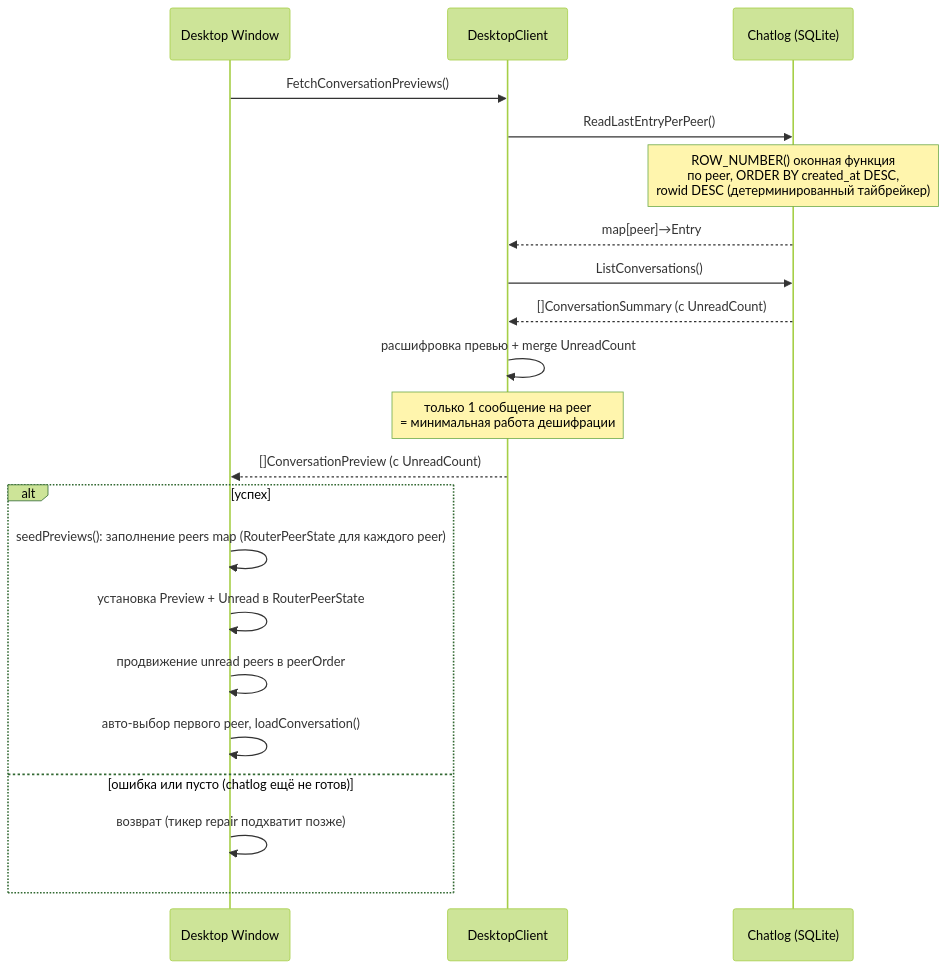
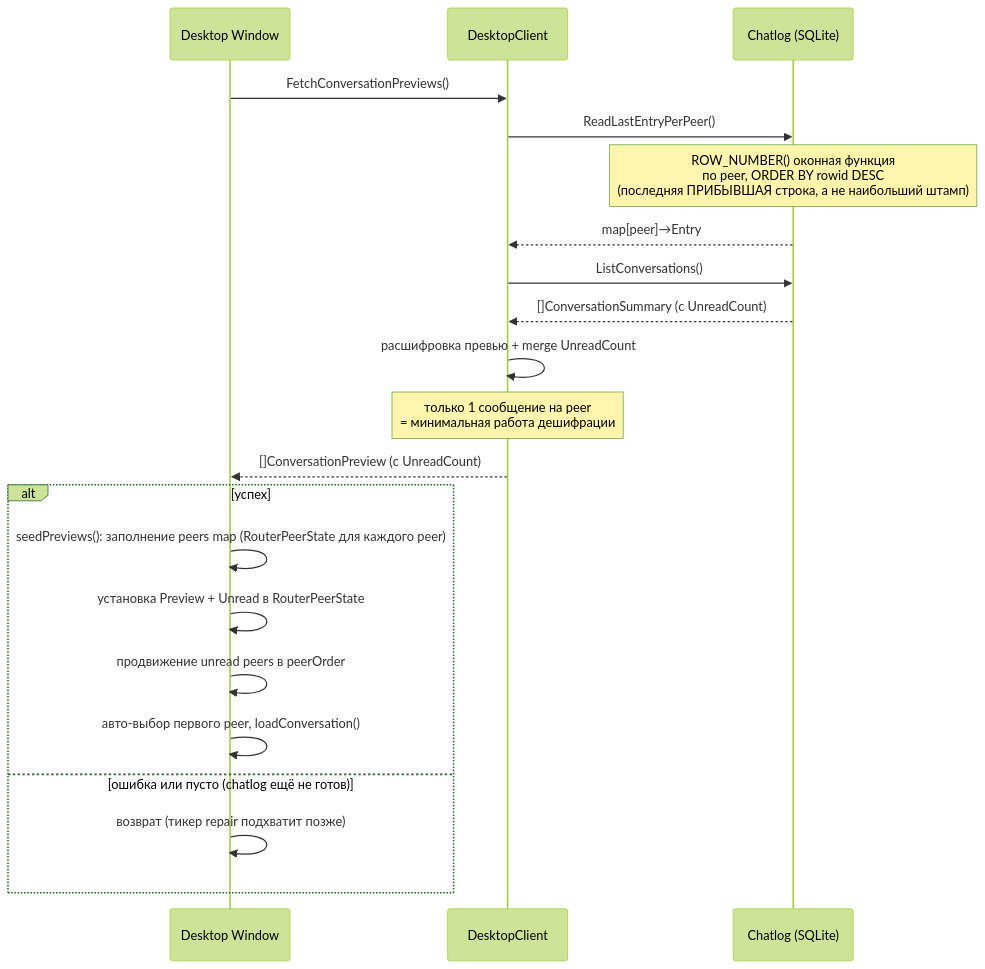
One commit to piratecash/corsa changed diagram 14 of 16 in docs/chatlog.md. Above: the diagram before and after it, drawn with Mermaid (forest theme). The commit also changed other lines of this file and 19 other files, not shown here.

````diff
--- a/docs/chatlog.md
+++ b/docs/chatlog.md
@@ -1266,24 +1289,24 @@
 ```mermaid
 sequenceDiagram
     participant UI as Desktop Window
     participant SVC as DesktopClient
     participant LOG as Chatlog (SQLite)
 
     UI->>SVC: FetchConversationPreviews()
     SVC->>LOG: ReadLastEntryPerPeer()
-    Note over LOG: ROW_NUMBER() оконная функция<br/>по peer, ORDER BY created_at DESC,<br/>rowid DESC (детерминированный тайбрейкер)
+    Note over LOG: ROW_NUMBER() оконная функция<br/>по peer, ORDER BY rowid DESC<br/>(последняя ПРИБЫВШАЯ строка, а не наибольший штамп)
     LOG-->>SVC: map[peer]→Entry
     SVC->>LOG: ListConversations()
     LOG-->>SVC: []ConversationSummary (с UnreadCount)
     SVC->>SVC: расшифровка превью + merge UnreadCount
     Note over SVC: только 1 сообщение на peer<br/>= минимальная работа дешифрации
     SVC-->>UI: []ConversationPreview (с UnreadCount)
     alt успех
         UI->>UI: seedPreviews(): заполнение peers map (RouterPeerState для каждого peer)
         UI->>UI: установка Preview + Unread в RouterPeerState
         UI->>UI: продвижение unread peers в peerOrder
         UI->>UI: авто-выбор первого peer, loadConversation()
     else ошибка или пусто (chatlog ещё не готов)
         UI->>UI: возврат (тикер repair подхватит позже)
     end
 ```
````
